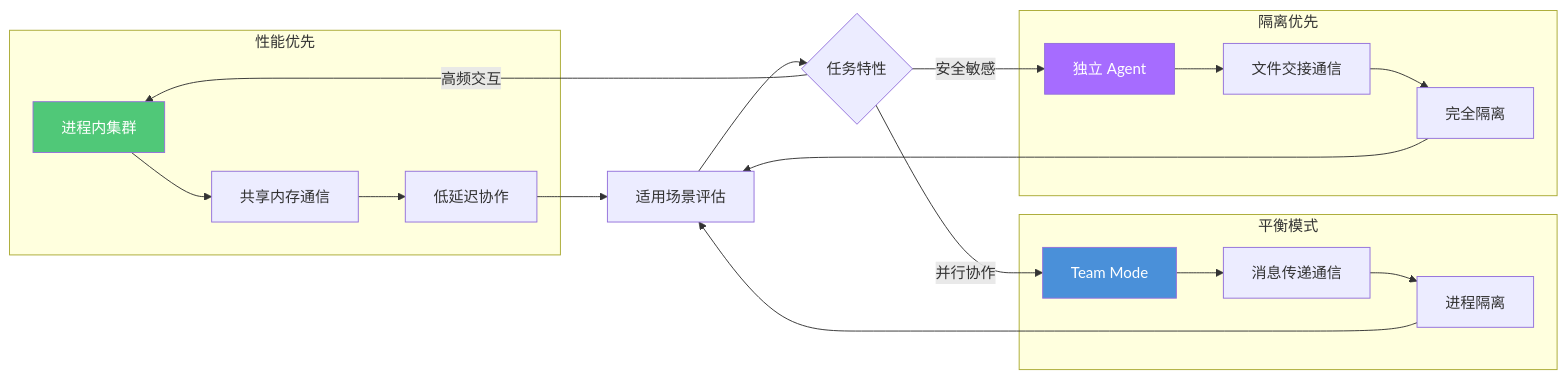
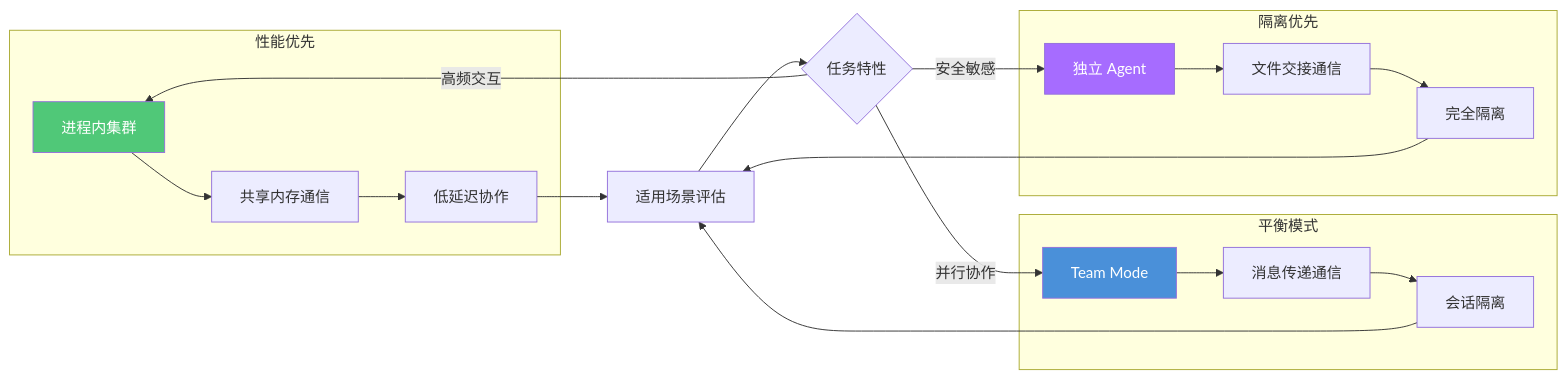
Before and after one commit to tonydeng/harness-engineering-from-oc-to-ai-coding: the eighth of 10 diagrams in src/04-workflows/teams-collaboration.md, drawn with Mermaid. The commit also changed other lines of this file and 331 other files, not shown here.

````diff
--- a/src/04-workflows/teams-collaboration.md
+++ b/src/04-workflows/teams-collaboration.md
@@ -613,30 +674,30 @@
 ```mermaid
 graph LR
     subgraph 性能优先
         A1[进程内集群] --> A2[共享内存通信]
         A2 --> A3[低延迟协作]
     end
     
     subgraph 平衡模式
         B1[Team Mode] --> B2[消息传递通信]
-        B2 --> B3[进程隔离]
+        B2 --> B3[会话隔离]
     end
     
     subgraph 隔离优先
         C1[独立 Agent] --> C2[文件交接通信]
         C2 --> C3[完全隔离]
     end
     
     A3 --> D[适用场景评估]
     B3 --> D
     C3 --> D
     
     D --> E{任务特性}
     E -->|高频交互| A1
     E -->|并行协作| B1
     E -->|安全敏感| C1
     
     style A1 fill:#50C878,color:#fff
     style B1 fill:#4A90D9,color:#fff
     style C1 fill:#A66CFF,color:#fff
 ```
````
